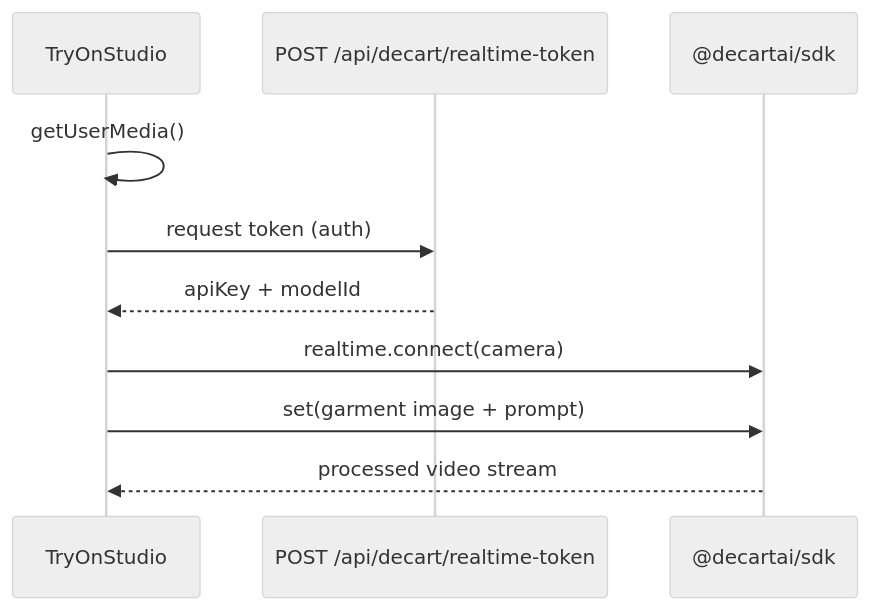
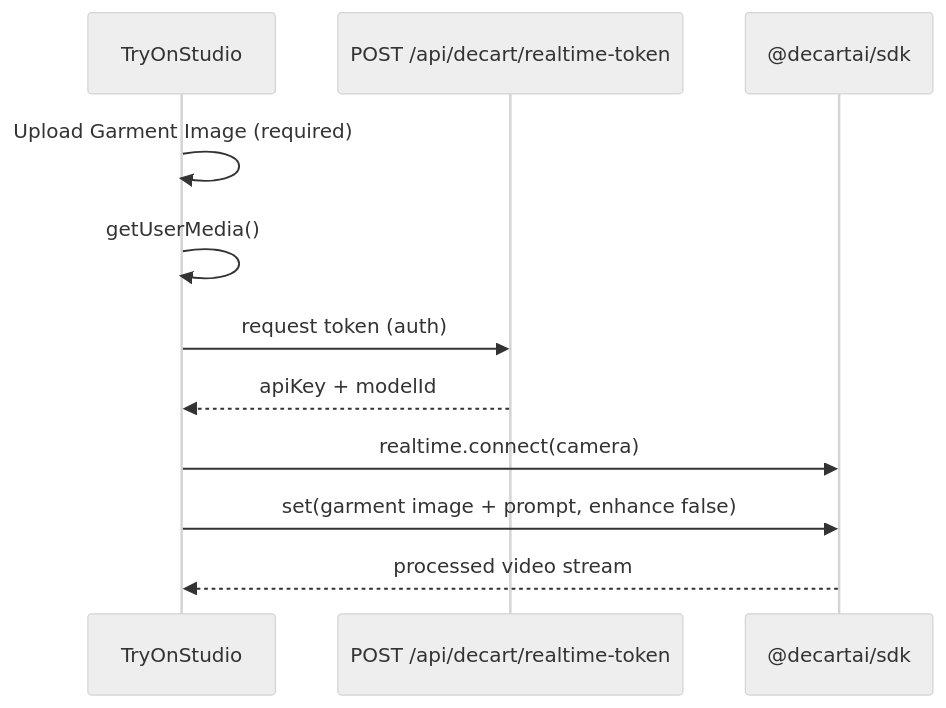
One commit to sweet-amrood/Weartual-latest changed the second of 2 diagrams in PROJECT.md. Above: the diagram before and after it, drawn with Mermaid (neutral theme). The commit also changed other lines of this file and 2 other files, not shown here.

Commit message:
Enhance Live Camera Try-On functionality in documentation

````diff
--- a/PROJECT.md
+++ b/PROJECT.md
@@ -273,13 +275,14 @@
 ```mermaid
 sequenceDiagram
   participant UI as TryOnStudio
   participant API as POST /api/decart/realtime-token
   participant SDK as @decartai/sdk
 
+  UI->>UI: Upload Garment Image (required)
   UI->>UI: getUserMedia()
   UI->>API: request token (auth)
   API-->>UI: apiKey + modelId
   UI->>SDK: realtime.connect(camera)
-  UI->>SDK: set(garment image + prompt)
+  UI->>SDK: set(garment image + prompt, enhance false)
   SDK-->>UI: processed video stream
 ```
````
